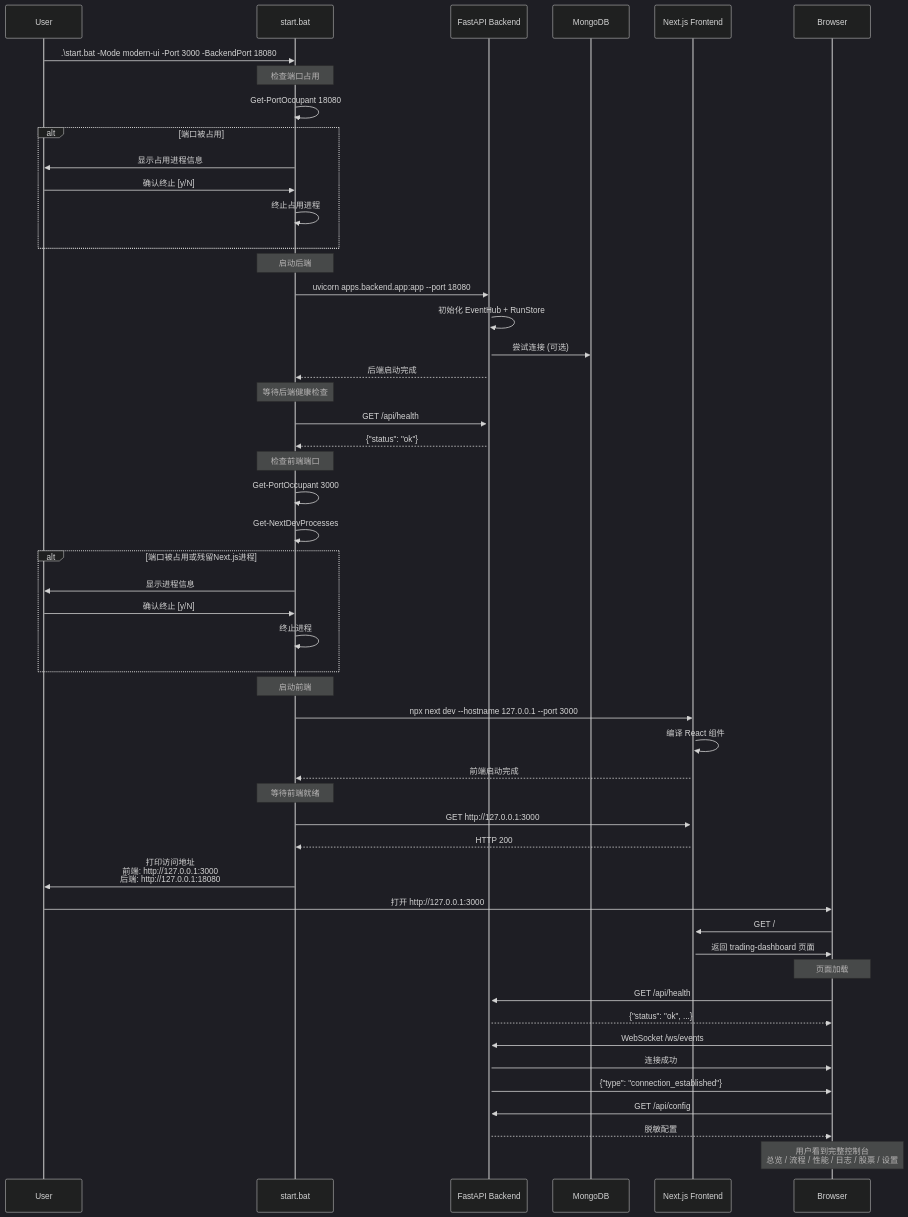
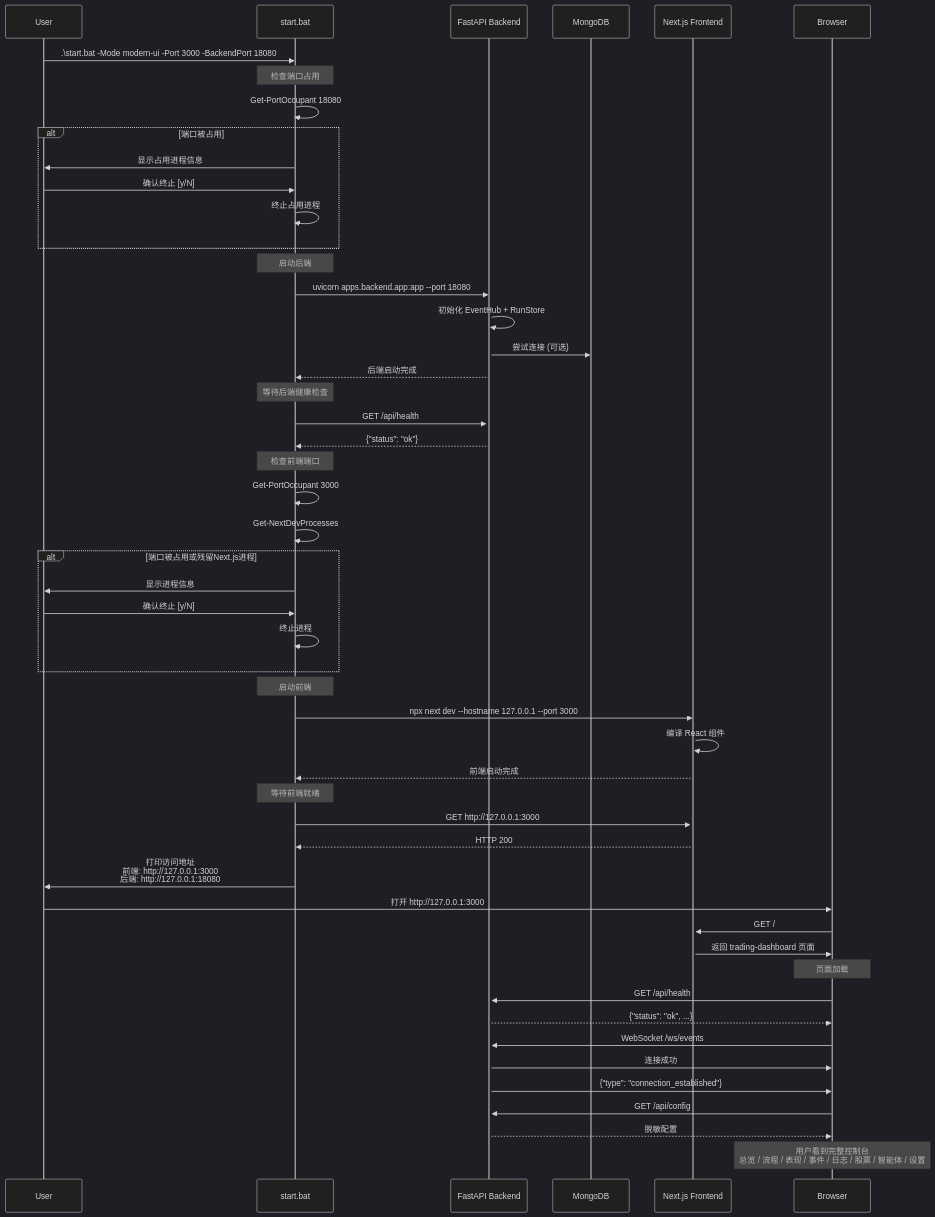
One commit to systemoutprintlnhelloworld/astock-agent-system changed the first of 4 diagrams in docs/technical/FLOWS.md. Above: the diagram before and after it, drawn with Mermaid (dark theme). The commit also changed other lines of this file and 55 other files, not shown here.

````diff
--- a/docs/technical/FLOWS.md
+++ b/docs/technical/FLOWS.md
@@ -13,68 +13,68 @@
 ```mermaid
 sequenceDiagram
     participant User
     participant StartBat as start.bat
     participant FastAPI as FastAPI Backend
     participant MongoDB
     participant NextJS as Next.js Frontend
     participant Browser
     
     User->>StartBat: .\start.bat -Mode modern-ui -Port 3000 -BackendPort 18080
     
     Note over StartBat: 检查端口占用
     StartBat->>StartBat: Get-PortOccupant 18080
     alt 端口被占用
         StartBat->>User: 显示占用进程信息
         User->>StartBat: 确认终止 [y/N]
         StartBat->>StartBat: 终止占用进程
     end
     
     Note over StartBat: 启动后端
     StartBat->>FastAPI: uvicorn apps.backend.app:app --port 18080
     activate FastAPI
     FastAPI->>FastAPI: 初始化 EventHub + RunStore
     FastAPI->>MongoDB: 尝试连接 (可选)
     FastAPI-->>StartBat: 后端启动完成
     
     Note over StartBat: 等待后端健康检查
     StartBat->>FastAPI: GET /api/health
     FastAPI-->>StartBat: {"status": "ok"}
     
     Note over StartBat: 检查前端端口
     StartBat->>StartBat: Get-PortOccupant 3000
     StartBat->>StartBat: Get-NextDevProcesses
     alt 端口被占用或残留Next.js进程
         StartBat->>User: 显示进程信息
         User->>StartBat: 确认终止 [y/N]
         StartBat->>StartBat: 终止进程
     end
     
     Note over StartBat: 启动前端
     StartBat->>NextJS: npx next dev --hostname 127.0.0.1 --port 3000
     activate NextJS
     NextJS->>NextJS: 编译 React 组件
     NextJS-->>StartBat: 前端启动完成
     
     Note over StartBat: 等待前端就绪
     StartBat->>NextJS: GET http://127.0.0.1:3000
     NextJS-->>StartBat: HTTP 200
     
     StartBat->>User: 打印访问地址<br/>前端: http://127.0.0.1:3000<br/>后端: http://127.0.0.1:18080
     
     User->>Browser: 打开 http://127.0.0.1:3000
     Browser->>NextJS: GET /
     NextJS->>Browser: 返回 trading-dashboard 页面
     
     Note over Browser: 页面加载
     Browser->>FastAPI: GET /api/health
     FastAPI-->>Browser: {"status": "ok", ...}
     
     Browser->>FastAPI: WebSocket /ws/events
     FastAPI->>Browser: 连接成功
     FastAPI->>Browser: {"type": "connection_established"}
     
     Browser->>FastAPI: GET /api/config
     FastAPI-->>Browser: 脱敏配置
     
-    Note over Browser: 用户看到完整控制台<br/>总览 / 流程 / 性能 / 日志 / 股票 / 设置
+    Note over Browser: 用户看到完整控制台<br/>总览 / 流程 / 表现 / 事件 / 日志 / 股票 / 智能体 / 设置
 ```
````
